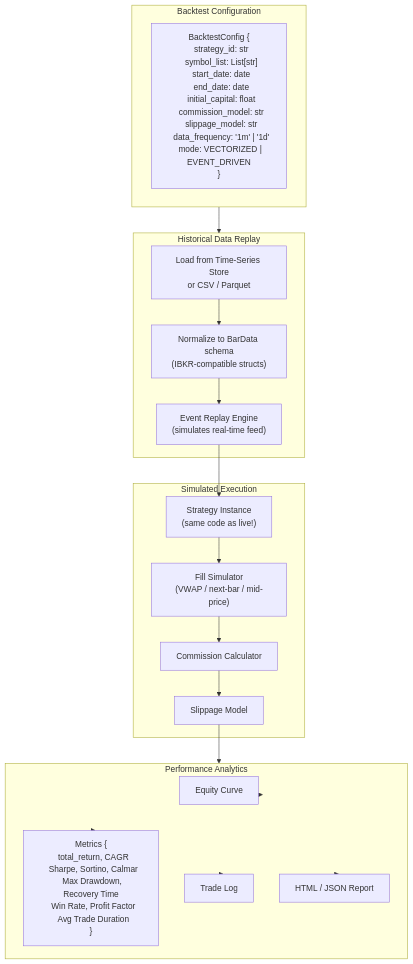
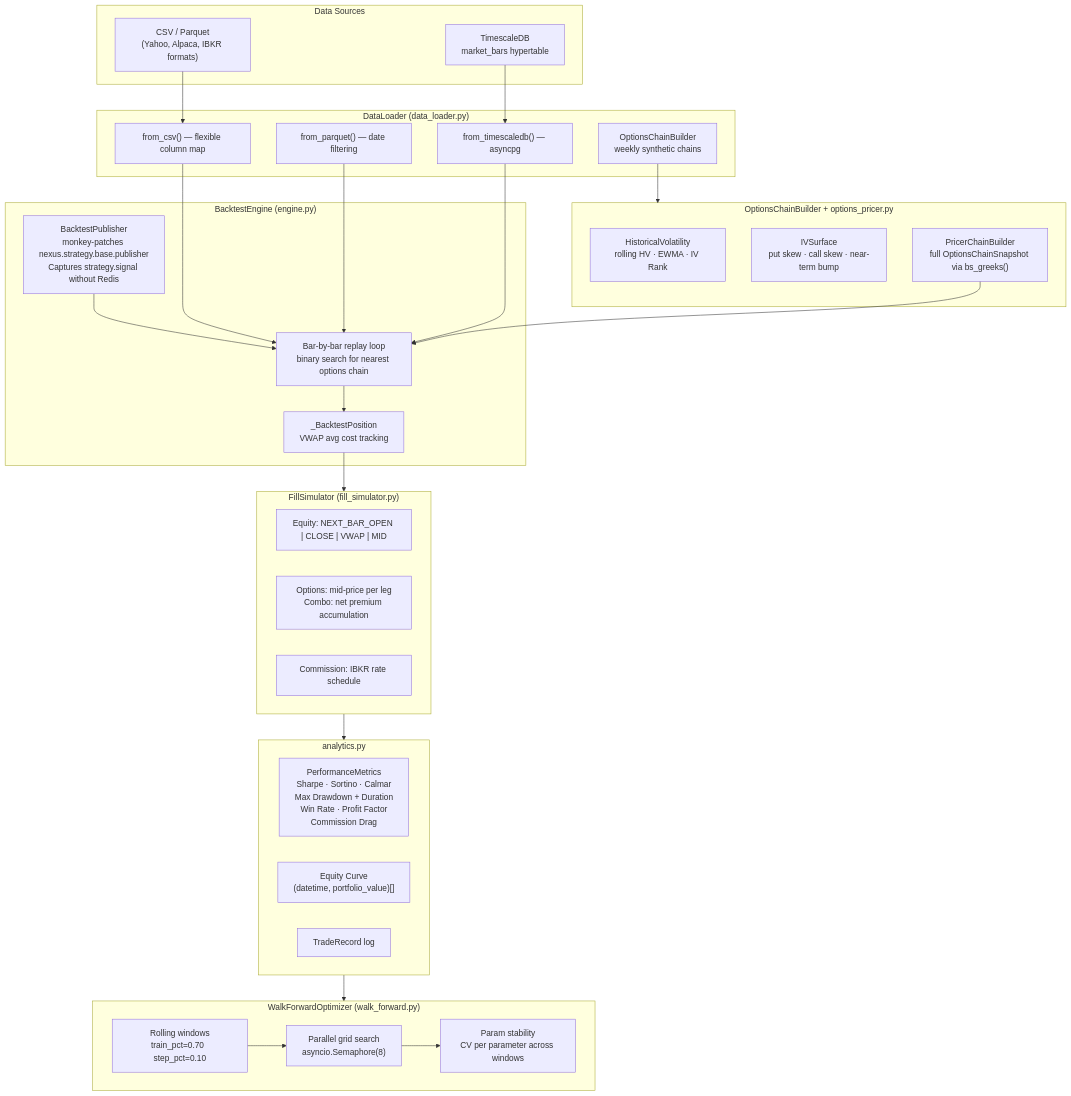
One commit to gihanchamara/Nexus changed the tenth of 13 diagrams in README.md. Above: the diagram before and after it, drawn with Mermaid. The commit also changed other lines of this file and 1 other file, not shown here.

````diff
--- a/README.md
+++ b/README.md
@@ -475,55 +606,61 @@
 ```mermaid
 flowchart TD
-    subgraph Config["Backtest Configuration"]
-        BCONF["BacktestConfig {
-  strategy_id: str
-  symbol_list: List[str]
-  start_date: date
-  end_date: date
-  initial_capital: float
-  commission_model: str
-  slippage_model: str
-  data_frequency: '1m' | '1d'
-  mode: VECTORIZED | EVENT_DRIVEN
-}"]
+    subgraph DataSources["Data Sources"]
+        CSV["CSV / Parquet\n(Yahoo, Alpaca, IBKR formats)"]
+        TSDB["TimescaleDB\nmarket_bars hypertable"]
     end
 
-    subgraph DataReplay["Historical Data Replay"]
-        LOAD["Load from Time-Series Store\nor CSV / Parquet"]
-        NORM["Normalize to BarData schema\n(IBKR-compatible structs)"]
-        REPLAY["Event Replay Engine\n(simulates real-time feed)"]
+    subgraph DataLoader["DataLoader (data_loader.py)"]
+        DL_CSV["from_csv() — flexible column map"]
+        DL_PQ["from_parquet() — date filtering"]
+        DL_TS["from_timescaledb() — asyncpg"]
+        OCB["OptionsChainBuilder\nweekly synthetic chains"]
     end
 
-    subgraph Execution2["Simulated Execution"]
-        STRAT_BT["Strategy Instance\n(same code as live!)"]
-        FILL_SIM["Fill Simulator\n(VWAP / next-bar / mid-price)"]
-        COMM["Commission Calculator"]
-        SLIP["Slippage Model"]
+    subgraph Engine["BacktestEngine (engine.py)"]
+        BPub["BacktestPublisher\nmonkey-patches nexus.strategy.base.publisher\nCaptures strategy.signal without Redis"]
+        REPLAY["Bar-by-bar replay loop\nbinary search for nearest options chain"]
+        POS["_BacktestPosition\nVWAP avg cost tracking"]
     end
 
-    subgraph Results["Performance Analytics"]
-        EQUITY["Equity Curve"]
-        METRICS["Metrics {
-  total_return, CAGR
-  Sharpe, Sortino, Calmar
-  Max Drawdown, Recovery Time
-  Win Rate, Profit Factor
-  Avg Trade Duration
-}"]
-        TRADES["Trade Log"]
-        REPORT["HTML / JSON Report"]
+    subgraph Pricer["OptionsChainBuilder + options_pricer.py"]
+        HV["HistoricalVolatility\nrolling HV · EWMA · IV Rank"]
+        IVS["IVSurface\nput skew · call skew · near-term bump"]
+        PCB["PricerChainBuilder\nfull OptionsChainSnapshot via bs_greeks()"]
     end
 
-    Config --> DataReplay
-    LOAD --> NORM
-    NORM --> REPLAY
-    REPLAY --> STRAT_BT
-    STRAT_BT --> FILL_SIM
-    FILL_SIM --> COMM
-    COMM --> SLIP
-    SLIP --> Results
-    Results --> EQUITY
-    Results --> METRICS
-    Results --> TRADES
-    Results --> REPORT
+    subgraph FillSim["FillSimulator (fill_simulator.py)"]
+        EQ_FILL["Equity: NEXT_BAR_OPEN | CLOSE | VWAP | MID"]
+        OPT_FILL["Options: mid-price per leg\nCombo: net premium accumulation"]
+        COMM["Commission: IBKR rate schedule"]
+    end
+
+    subgraph Analytics["analytics.py"]
+        METRICS["PerformanceMetrics\nSharpe · Sortino · Calmar\nMax Drawdown + Duration\nWin Rate · Profit Factor\nCommission Drag"]
+        EC["Equity Curve\n(datetime, portfolio_value)[]"]
+        TRADES["TradeRecord log"]
+    end
+
+    subgraph WFO["WalkForwardOptimizer (walk_forward.py)"]
+        WINDOWS["Rolling windows\ntrain_pct=0.70  step_pct=0.10"]
+        GRID["Parallel grid search\nasyncio.Semaphore(8)"]
+        STAB["Param stability\nCV per parameter across windows"]
+    end
+
+    CSV --> DL_CSV
+    TSDB --> DL_TS
+    DL_CSV --> REPLAY
+    DL_PQ --> REPLAY
+    DL_TS --> REPLAY
+    OCB --> Pricer
+    PCB --> REPLAY
+
+    BPub --> REPLAY
+    REPLAY --> POS
+    POS --> FillSim
+    FillSim --> Analytics
+
+    Analytics --> WFO
+    WINDOWS --> GRID
+    GRID --> STAB
 ```
````
